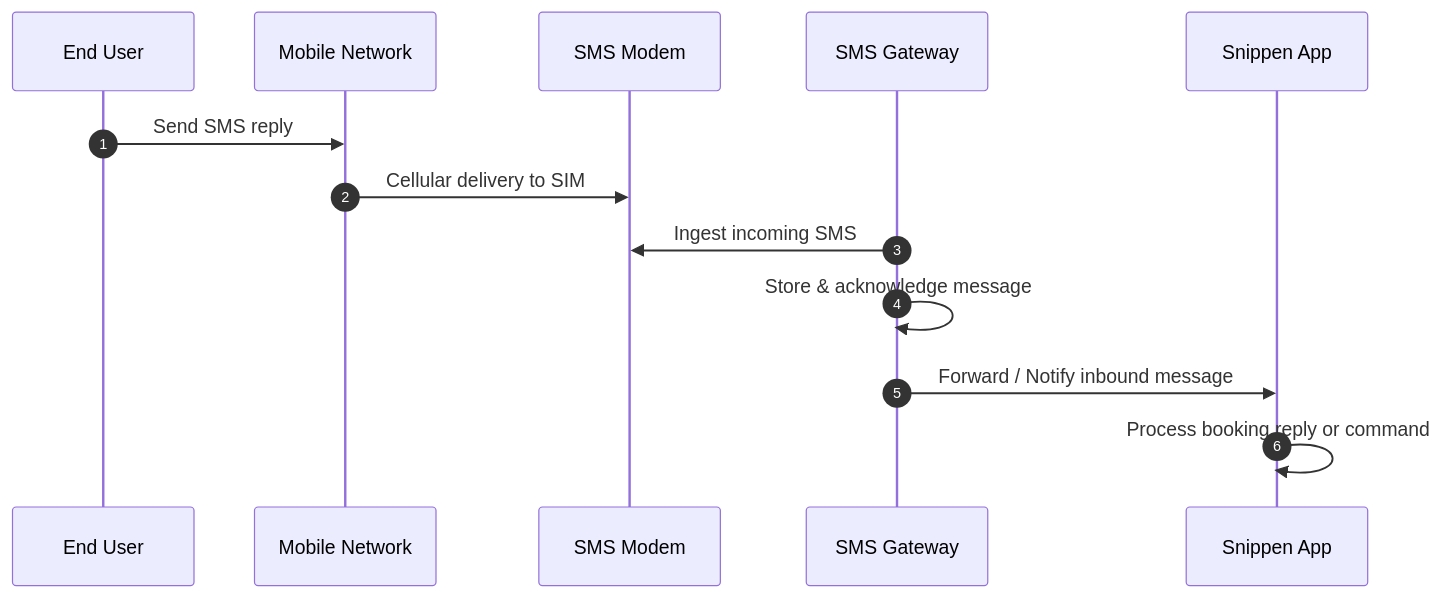
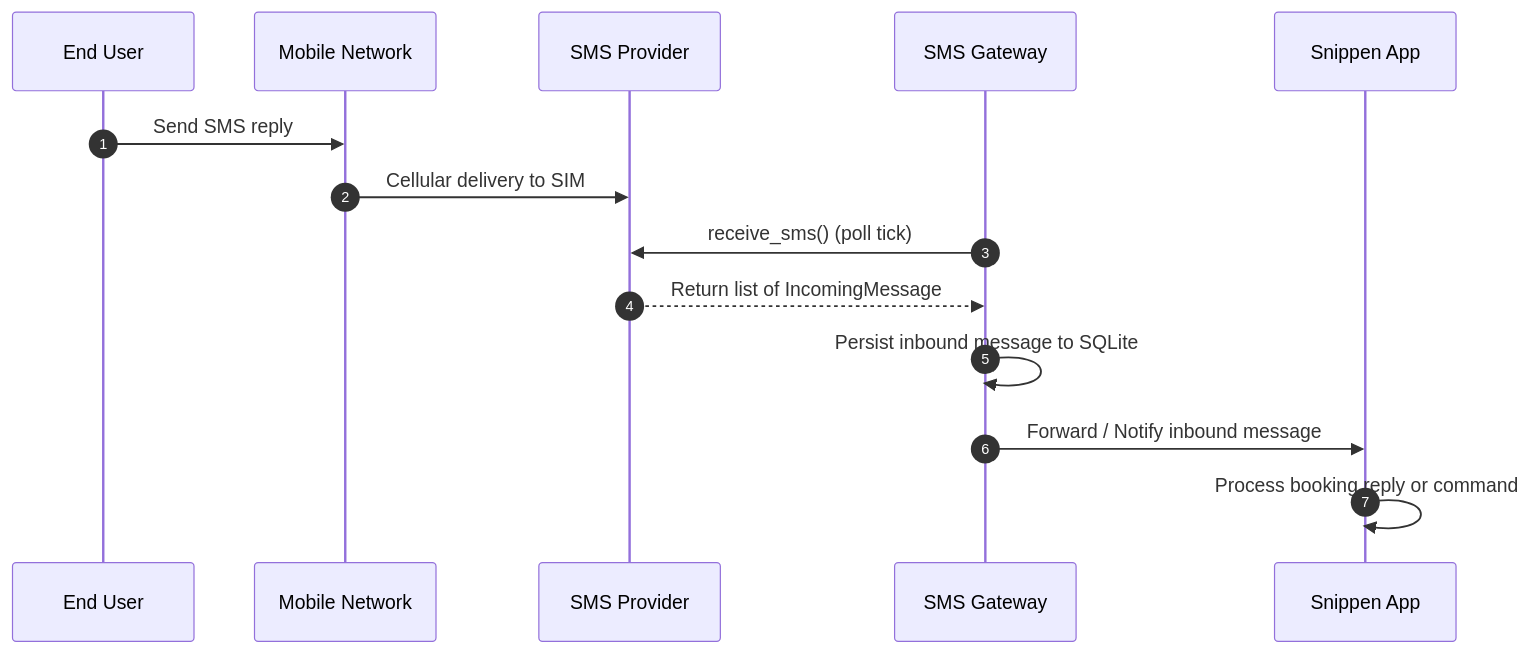
One commit to jonasfh/snippen-sms-service changed the fourth of 5 diagrams in docs/architecture.md. Above: the diagram before and after it, drawn with Mermaid. The commit also changed other lines of this file and 10 other files, not shown here.

First line of the commit message:
(#6) Introduce SMS provider abstraction

````diff
--- a/docs/architecture.md
+++ b/docs/architecture.md
@@ -69,16 +126,17 @@
 ```mermaid
 sequenceDiagram
     autonumber
     participant User as End User
     participant Carrier as Mobile Network
-    participant Modem as SMS Modem
+    participant Provider as SMS Provider
     participant GW as SMS Gateway
     participant App as Snippen App
 
     User->>Carrier: Send SMS reply
-    Carrier->>Modem: Cellular delivery to SIM
-    GW->>Modem: Ingest incoming SMS
-    GW->>GW: Store & acknowledge message
+    Carrier->>Provider: Cellular delivery to SIM
+    GW->>Provider: receive_sms() (poll tick)
+    Provider-->>GW: Return list of IncomingMessage
+    GW->>GW: Persist inbound message to SQLite
     GW->>App: Forward / Notify inbound message
     App->>App: Process booking reply or command
 ```
````
